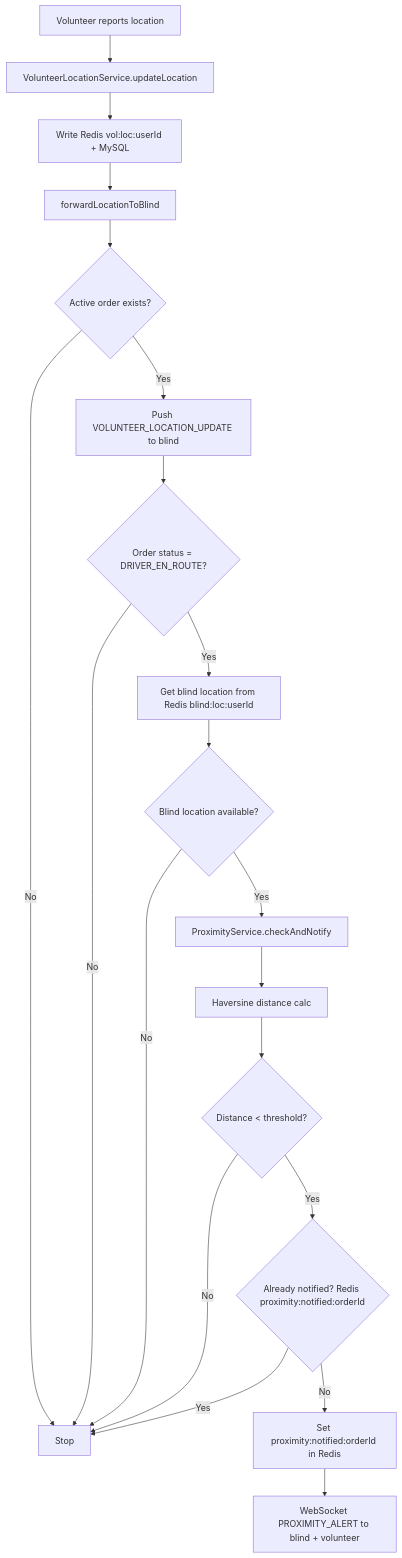
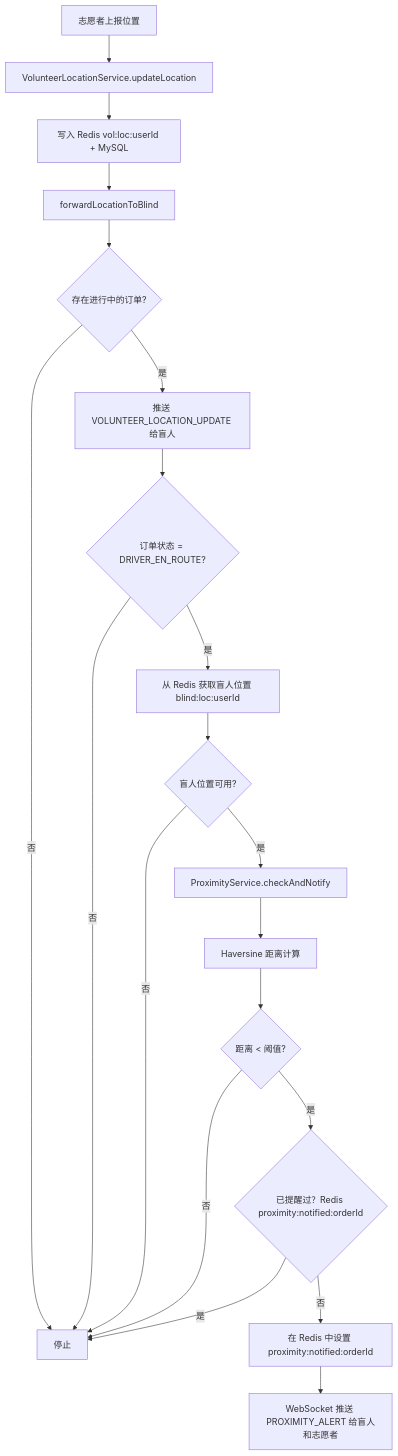
Before and after one commit to Jayden23018/blind-run-backend: the tenth of 10 diagrams in docs/DIAGRAMS.md, drawn with Mermaid. The commit also changed other lines of this file and 122 other files, not shown here.

````diff
--- a/docs/DIAGRAMS.md
+++ b/docs/DIAGRAMS.md
@@ -488,22 +488,22 @@
 ```mermaid
 flowchart TD
-    A[Volunteer reports location] --> B[VolunteerLocationService.updateLocation]
-    B --> C[Write Redis vol:loc:userId + MySQL]
+    A[志愿者上报位置] --> B[VolunteerLocationService.updateLocation]
+    B --> C[写入 Redis vol:loc:userId + MySQL]
     C --> D[forwardLocationToBlind]
-    D --> E{Active order exists?}
-    E -->|No| F[Stop]
-    E -->|Yes| G[Push VOLUNTEER_LOCATION_UPDATE to blind]
-    G --> H{Order status = DRIVER_EN_ROUTE?}
-    H -->|No| F
-    H -->|Yes| I[Get blind location from Redis blind:loc:userId]
-    I --> J{Blind location available?}
-    J -->|No| F
-    J -->|Yes| K[ProximityService.checkAndNotify]
-    K --> L[Haversine distance calc]
-    L --> M{Distance < threshold?}
-    M -->|No| F
-    M -->|Yes| N{Already notified? Redis proximity:notified:orderId}
-    N -->|Yes| F
-    N -->|No| O[Set proximity:notified:orderId in Redis]
-    O --> P[WebSocket PROXIMITY_ALERT to blind + volunteer]
+    D --> E{存在进行中的订单?}
+    E -->|否| F[停止]
+    E -->|是| G[推送 VOLUNTEER_LOCATION_UPDATE 给盲人]
+    G --> H{订单状态 = DRIVER_EN_ROUTE?}
+    H -->|否| F
+    H -->|是| I[从 Redis 获取盲人位置 blind:loc:userId]
+    I --> J{盲人位置可用?}
+    J -->|否| F
+    J -->|是| K[ProximityService.checkAndNotify]
+    K --> L[Haversine 距离计算]
+    L --> M{距离 < 阈值?}
+    M -->|否| F
+    M -->|是| N{已提醒过？Redis proximity:notified:orderId}
+    N -->|是| F
+    N -->|否| O[在 Redis 中设置 proximity:notified:orderId]
+    O --> P[WebSocket 推送 PROXIMITY_ALERT 给盲人和志愿者]
 ```
````
